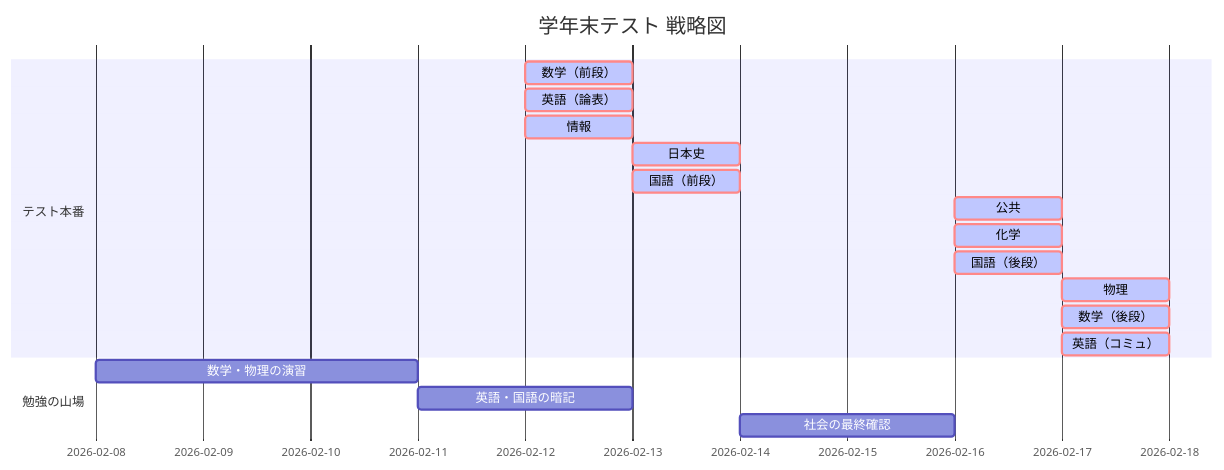
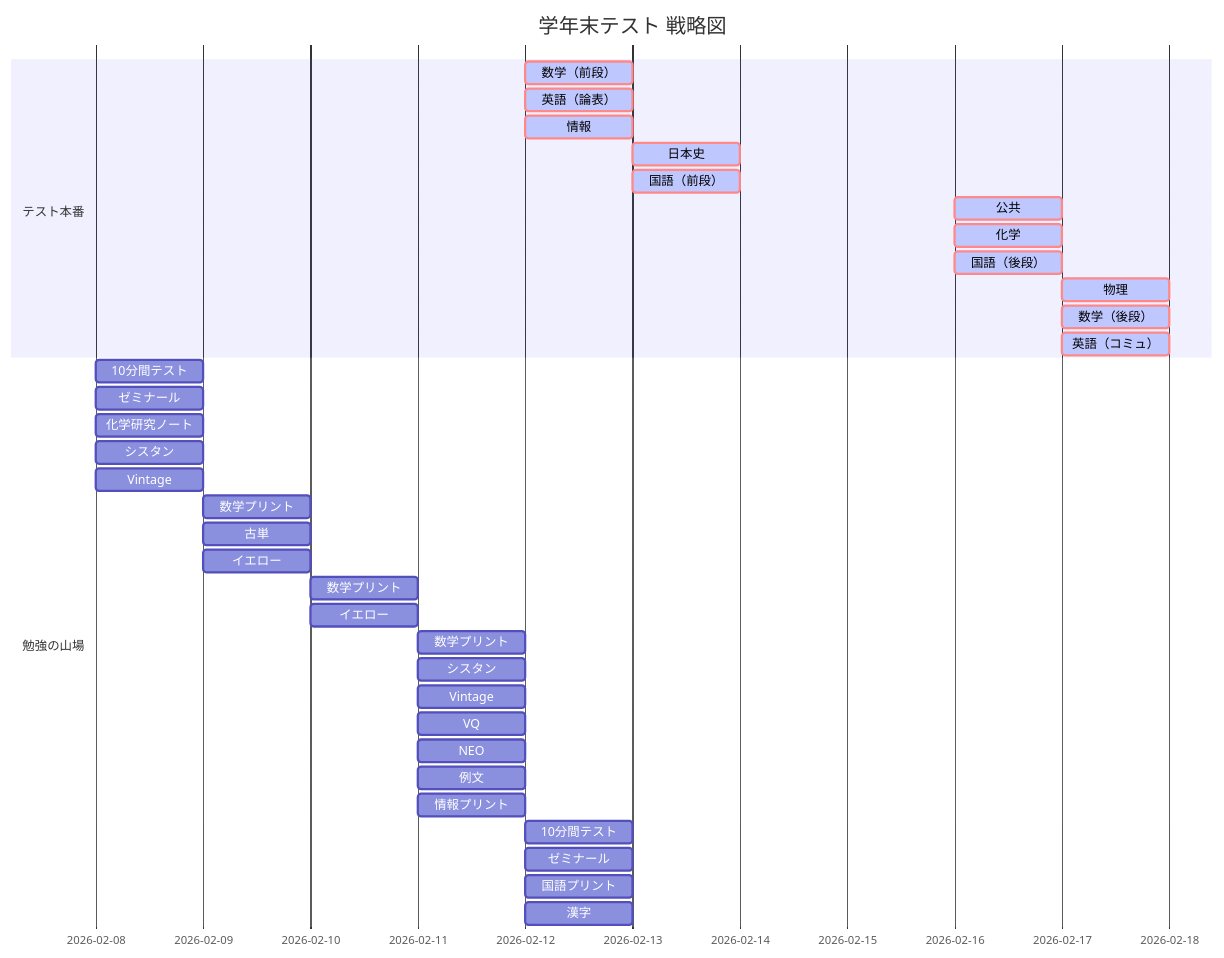
Before and after one commit to Grinrin1108/my-site: the diagram in docs/schedule/schedule.md, drawn with Mermaid.

Commit message:
2026/02/08 17:34

````diff
--- a/docs/schedule/schedule.md
+++ b/docs/schedule/schedule.md
@@ -14,26 +14,49 @@
 ```mermaid
 gantt
     title 学年末テスト 戦略図
     dateFormat MM-DD
 
     section テスト本番
     数学（前段） :crit, active, 02-12, 1d
     英語（論表） :crit, active, 02-12, 1d
     情報 :crit, active, 02-12, 1d
 
     日本史 :crit, active, 02-13, 1d
     国語（前段） :crit, active,　02-13, 1d
     
     公共 :crit, active,　02-16, 1d
     化学 :crit, active,　02-16, 1d
     国語（後段） :crit, active,　02-16, 1d
 
     物理 :crit, active, 02-17, 1d
     数学（後段） :crit, active, 02-17, 1d
     英語（コミュ） :crit, active, 02-17, 1d
 
     section 勉強の山場
-    数学・物理の演習 :02-08, 3d
-    英語・国語の暗記 :02-11, 2d
-    社会の最終確認   :02-14, 2d
+
+    10分間テスト :02-08, 1d
+    ゼミナール :02-08, 1d
+    化学研究ノート :02-08, 1d
+    シスタン :02-08, 1d
+    Vintage :02-08, 1d
+
+    数学プリント :02-09, 1d
+    古単 :02-09, 1d
+    イエロー :02-09, 1d
+    
+    数学プリント :02-10, 1d
+    イエロー :02-10, 1d
+
+    数学プリント :02-11, 1d
+    シスタン :02-11, 1d
+    Vintage :02-11, 1d
+    VQ :02-11, 1d
+    NEO :02-11, 1d
+    例文 :02-11, 1d
+    情報プリント :02-11, 1d
+    
+    10分間テスト :02-12, 1d
+    ゼミナール :02-12, 1d
+    国語プリント :02-12, 1d
+    漢字 :02-12, 1d
 ```
````
